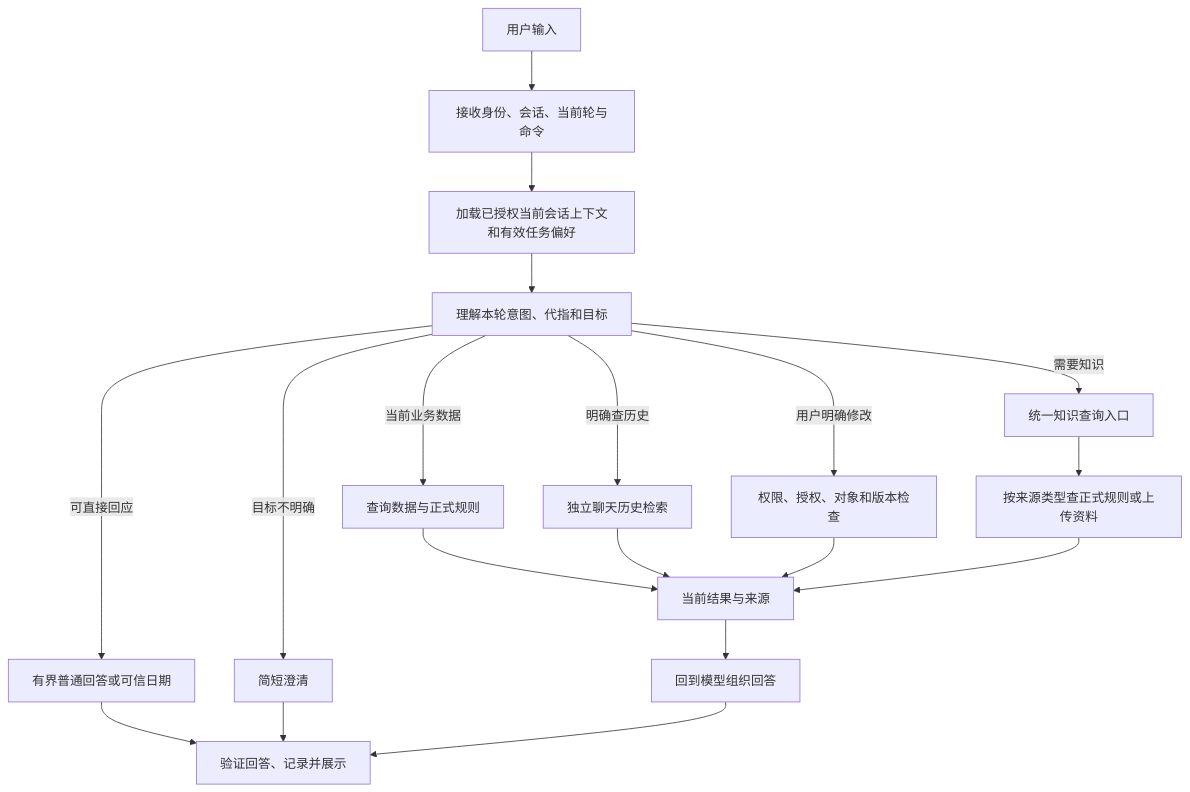
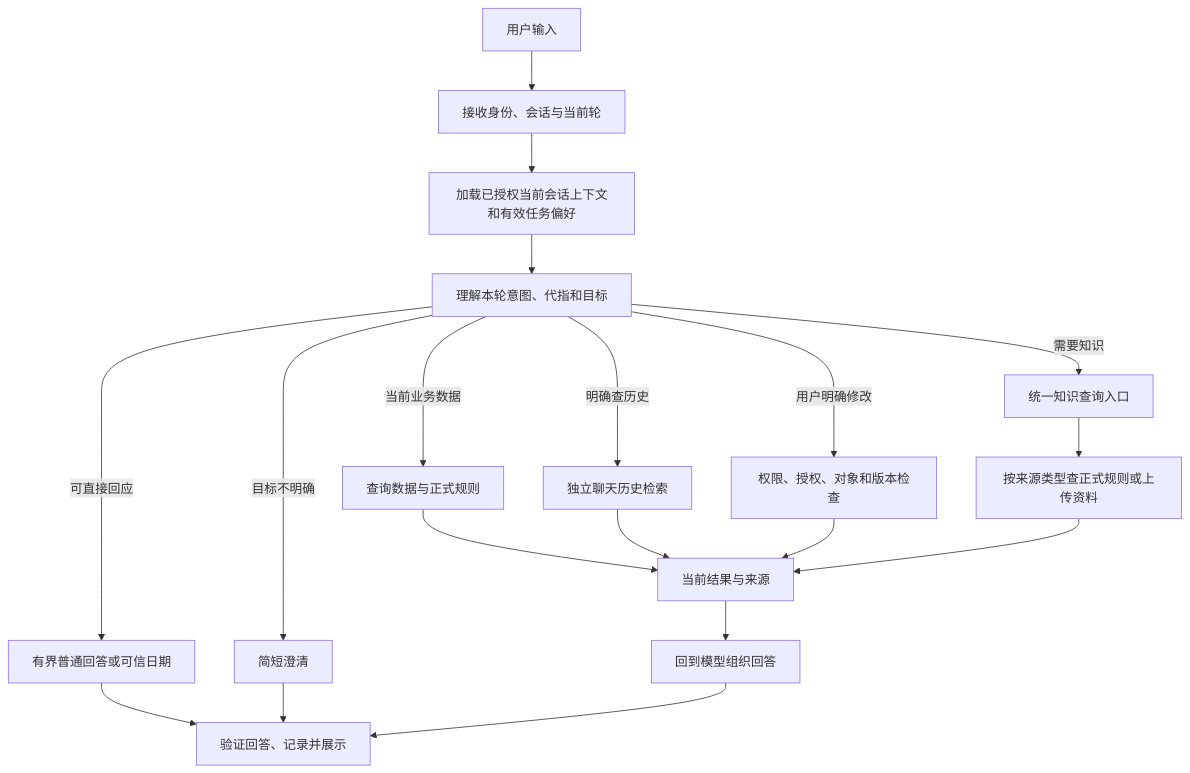
One commit to luyu020816-droid/tax-harness changed the diagram in docs/SPEC_对话运行时与知识连续追问_2026-11-10.md. Above: the diagram before and after it, drawn with Mermaid. The commit also changed other lines of this file and 1 other file, not shown here.

````diff
--- a/docs/SPEC_对话运行时与知识连续追问_2026-11-10.md
+++ b/docs/SPEC_对话运行时与知识连续追问_2026-11-10.md
@@ -97,21 +113,21 @@
 ```mermaid
 flowchart TD
-  A[用户输入] --> B[接收身份、会话、当前轮与命令]
+  A[用户输入] --> B[接收身份、会话与当前轮]
   B --> C[加载已授权当前会话上下文和有效任务偏好]
   C --> D[理解本轮意图、代指和目标]
   D -->|可直接回应| E[有界普通回答或可信日期]
   D -->|目标不明确| F[简短澄清]
   D -->|需要知识| G[统一知识查询入口]
   D -->|当前业务数据| H[查询数据与正式规则]
   D -->|明确查历史| I[独立聊天历史检索]
   D -->|用户明确修改| J[权限、授权、对象和版本检查]
   G --> K[按来源类型查正式规则或上传资料]
   H --> L[当前结果与来源]
   I --> L
   J --> L
   K --> L
   L --> M[回到模型组织回答]
   E --> N[验证回答、记录并展示]
   F --> N
   M --> N
 ```
````
